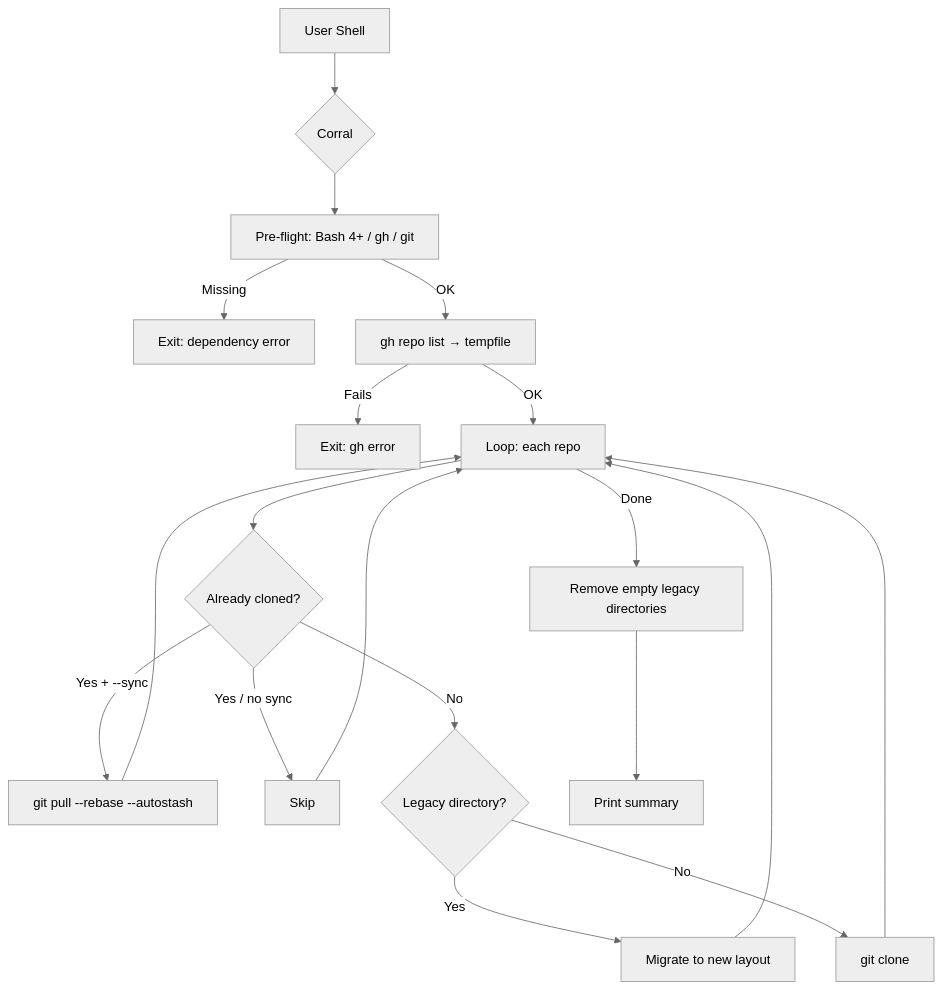
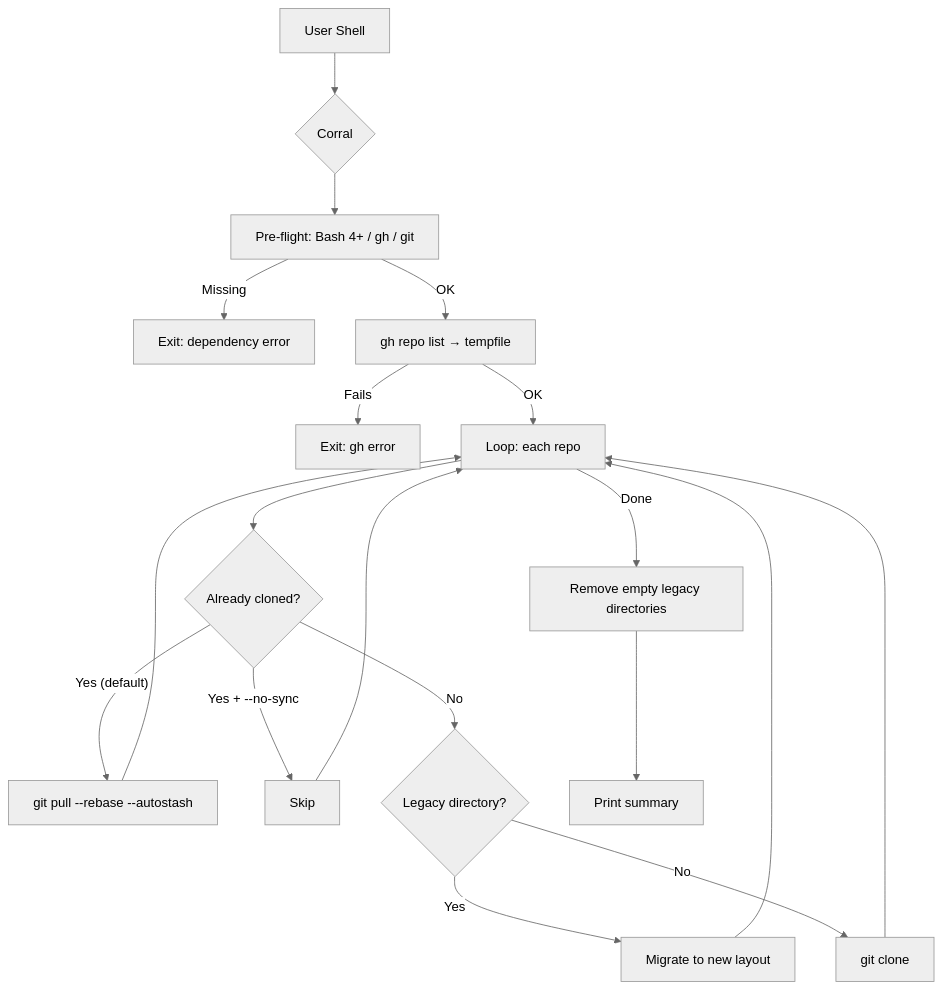
One commit to sebastienrousseau/corral changed the diagram in README.md. Above: the diagram before and after it, drawn with Mermaid (neutral theme). The commit also changed other lines of this file, not shown here.

First line of the commit message:
docs(readme): Document new sync defaults, autostash, and INTERNAL visibility

````diff
--- a/README.md
+++ b/README.md
@@ -110,18 +110,18 @@
 ```mermaid
 graph TD
     A[User Shell] --> B{Corral}
     B --> C[Pre-flight: Bash 4+ / gh / git]
     C -- Missing --> Z1[Exit: dependency error]
     C -- OK --> D[gh repo list → tempfile]
     D -- Fails --> Z2[Exit: gh error]
     D -- OK --> E[Loop: each repo]
     E --> F{Already cloned?}
-    F -- "Yes + --sync" --> G1[git pull --rebase --autostash]
-    F -- "Yes / no sync" --> G2[Skip]
+    F -- "Yes (default)" --> G1[git pull --rebase --autostash]
+    F -- "Yes + --no-sync" --> G2[Skip]
     F -- No --> H{Legacy directory?}
     H -- Yes --> I[Migrate to new layout]
     H -- No --> J[git clone]
     G1 & G2 & I & J --> E
     E -- Done --> K[Remove empty legacy directories]
     K --> L[Print summary]
 ```
````
